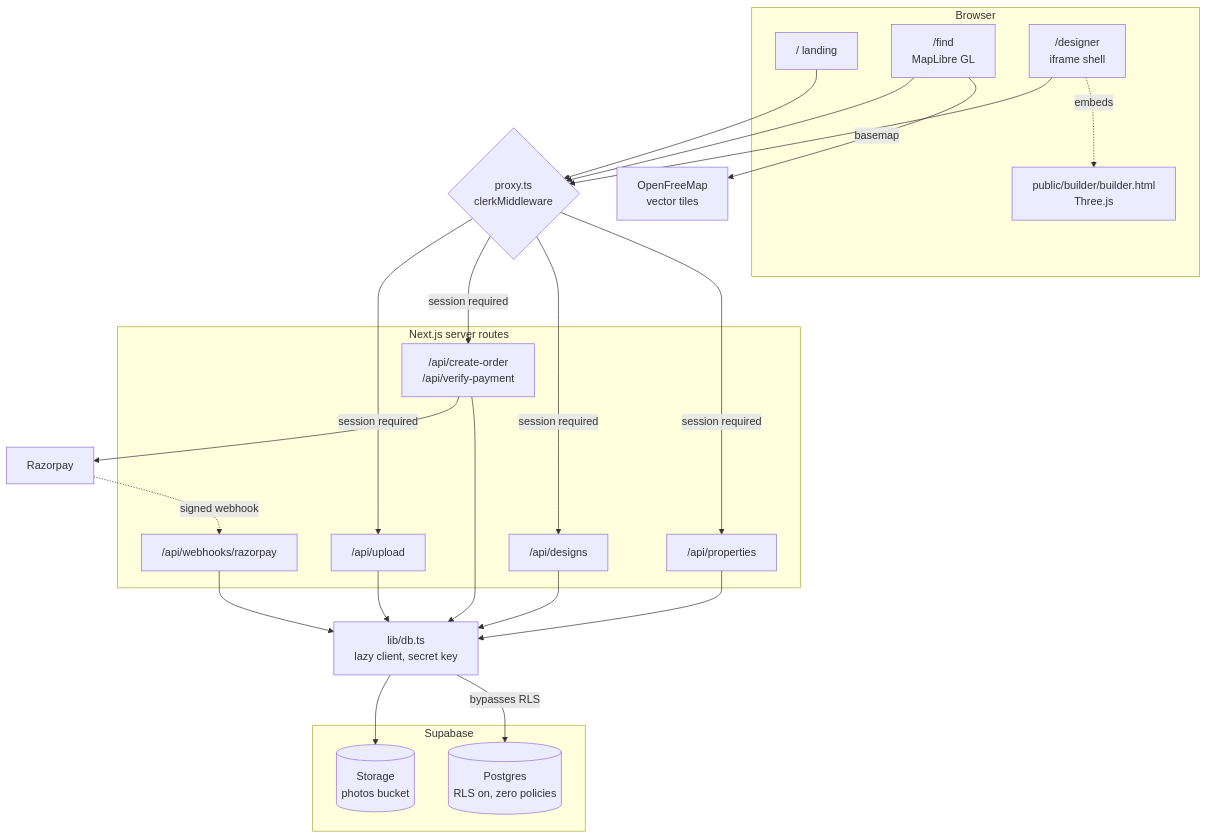
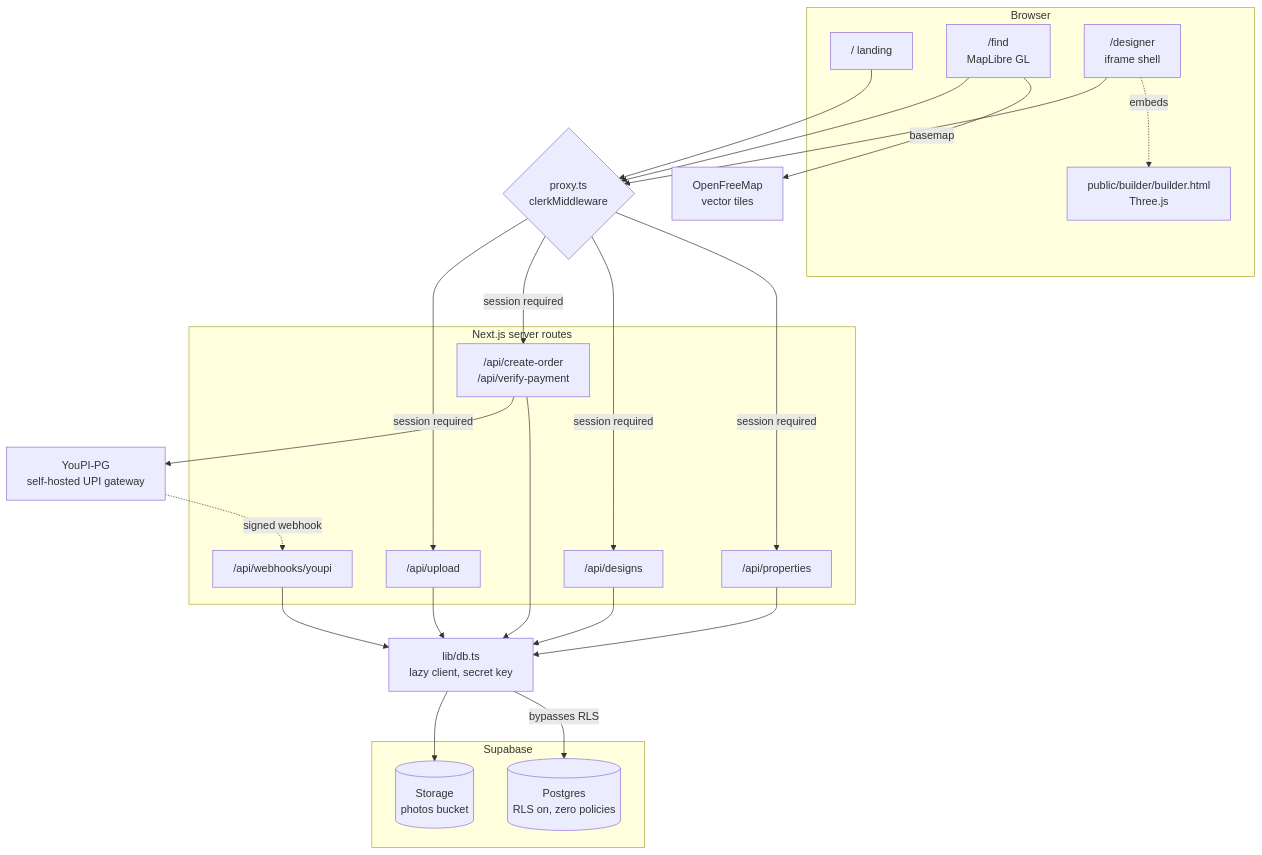
The first of 2 diagrams in README.md (ankit1324/ArchIt), drawn with Mermaid before and after one commit. The commit also changed other lines of this file and 70 other files, not shown here.

````diff
--- a/README.md
+++ b/README.md
@@ -37,50 +37,50 @@
 ```mermaid
 flowchart TB
     subgraph browser["Browser"]
         landing["/ landing"]
         find["/find<br/>MapLibre GL"]
         designer["/designer<br/>iframe shell"]
         builder["public/builder/builder.html<br/>Three.js"]
         designer -.embeds.-> builder
     end
 
     tiles["OpenFreeMap<br/>vector tiles"]
     find -->|"basemap"| tiles
 
     gate{"proxy.ts<br/>clerkMiddleware"}
     landing --> gate
     find --> gate
     designer --> gate
 
     subgraph server["Next.js server routes"]
         propsApi["/api/properties"]
         designsApi["/api/designs"]
         payApi["/api/create-order<br/>/api/verify-payment"]
-        hook["/api/webhooks/razorpay"]
+        hook["/api/webhooks/youpi"]
         upload["/api/upload"]
     end
 
     gate -->|"session required"| propsApi
     gate -->|"session required"| designsApi
     gate -->|"session required"| payApi
     gate -->|"session required"| upload
 
     db["lib/db.ts<br/>lazy client, secret key"]
     propsApi --> db
     designsApi --> db
     payApi --> db
     hook --> db
     upload --> db
 
     subgraph supabase["Supabase"]
         pg[("Postgres<br/>RLS on, zero policies")]
         storage[("Storage<br/>photos bucket")]
     end
 
     db -->|"bypasses RLS"| pg
     db --> storage
 
-    rzp["Razorpay"]
-    payApi --> rzp
-    rzp -.->|"signed webhook"| hook
+    pg2["YouPI-PG<br/>self-hosted UPI gateway"]
+    payApi --> pg2
+    pg2 -.->|"signed webhook"| hook
 ```
````
